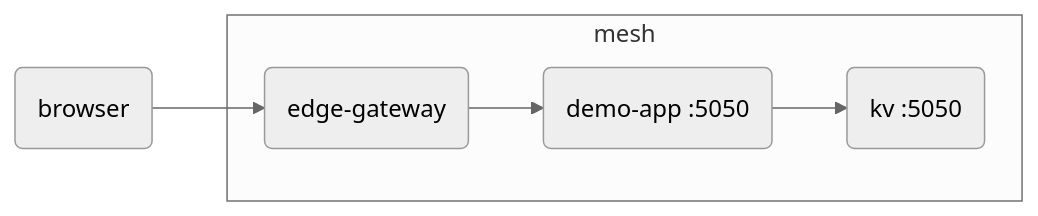
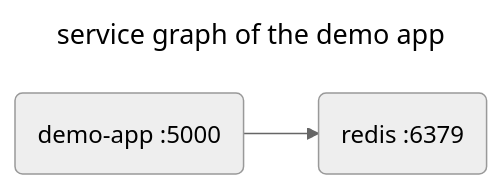
One commit to kumahq/kuma-website changed the diagram in app/_src/quickstart/universal-demo.md. Above: the diagram before and after it, drawn with Mermaid (neutral theme). The commit also changed other lines of this file and 5 other files, not shown here.

```diff
--- a/app/_src/quickstart/universal-demo.md
+++ b/app/_src/quickstart/universal-demo.md
@@ -43,13 +12,9 @@
 {% mermaid %}
+---
+title: service graph of the demo app
+---
 flowchart LR
-browser(browser)
-
-subgraph mesh
-edge-gateway(edge-gateway)
-demo-app(demo-app :5050)
-kv(kv :5050)
-end
-edge-gateway --> demo-app
-demo-app --> kv
-browser --> edge-gateway
+demo-app(demo-app :5000)
+redis(redis :6379)
+demo-app --> redis
 {% endmermaid %}
```
